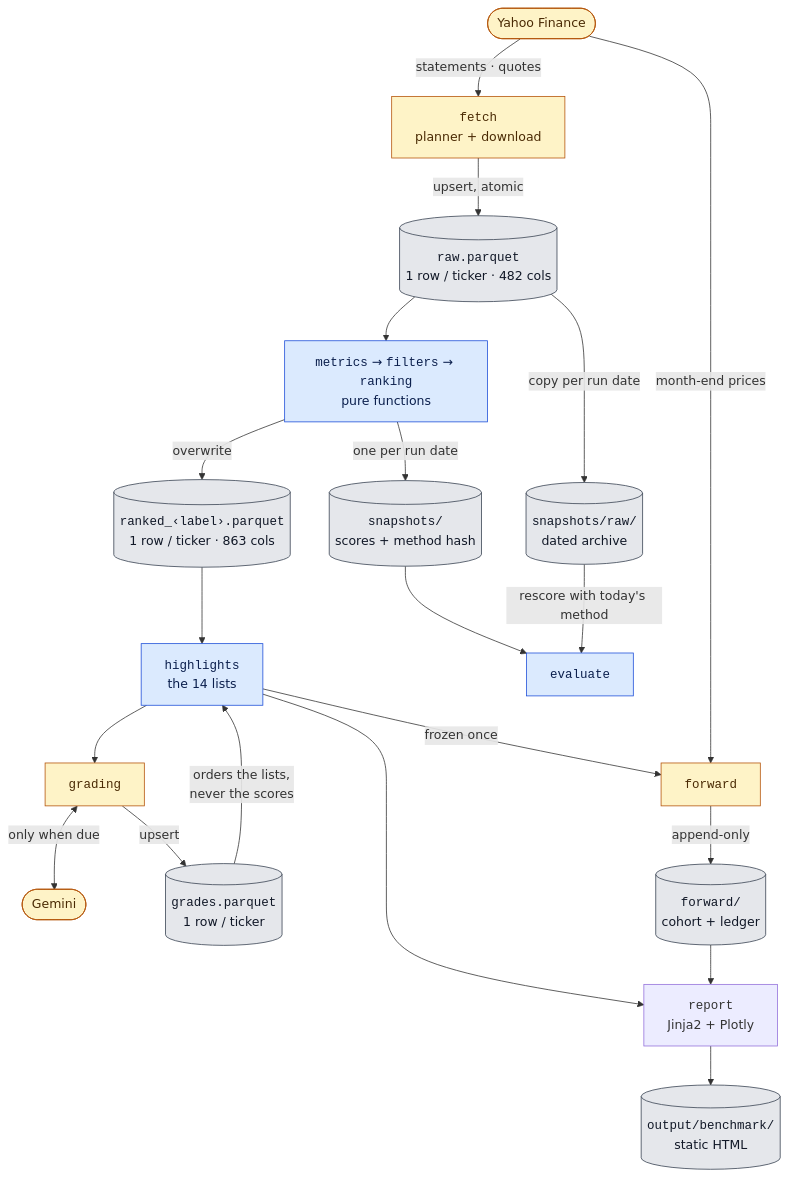
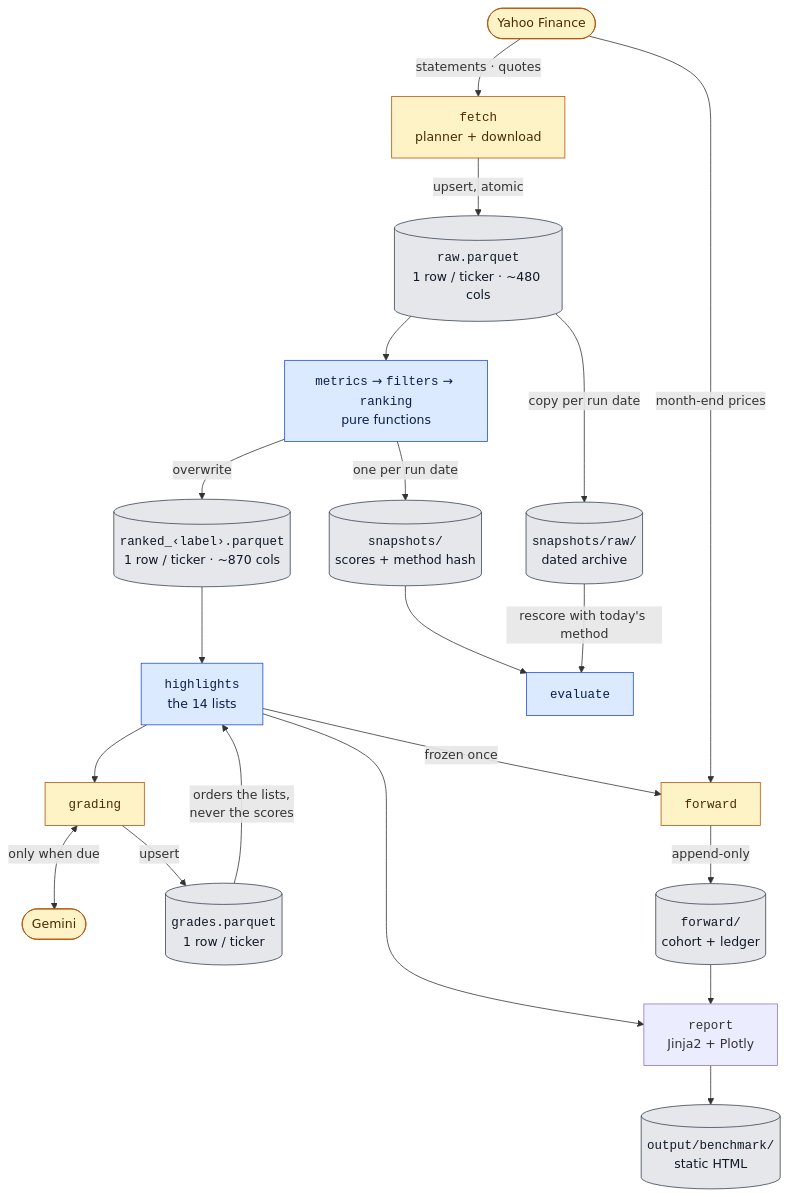
The second of 5 diagrams in ARCHITECTURE.md (JAlvarezRomario/equity-screening-pipeline), drawn with Mermaid before and after one commit. The commit also changed other lines of this file and 1 other file, not shown here.

First line of the commit message:
README and ARCHITECTURE: statements checked against the code, rounded figures

````diff
--- a/ARCHITECTURE.md
+++ b/ARCHITECTURE.md
@@ -82,29 +81,29 @@
 ```mermaid
 flowchart TB
     Y(["Yahoo Finance"]) -->|"statements · quotes"| F["<code>fetch</code><br/>planner + download"]
-    F -->|"upsert, atomic"| RAW[("<code>raw.parquet</code><br/>1 row / ticker · 482 cols")]
+    F -->|"upsert, atomic"| RAW[("<code>raw.parquet</code><br/>1 row / ticker · ~480 cols")]
     RAW --> CORE["<code>metrics</code> → <code>filters</code> → <code>ranking</code><br/>pure functions"]
     RAW -->|"copy per run date"| RA[("<code>snapshots/raw/</code><br/>dated archive")]
-    CORE -->|"overwrite"| RK[("<code>ranked_‹label›.parquet</code><br/>1 row / ticker · 863 cols")]
+    CORE -->|"overwrite"| RK[("<code>ranked_‹label›.parquet</code><br/>1 row / ticker · ~870 cols")]
     CORE -->|"one per run date"| SN[("<code>snapshots/</code><br/>scores + method hash")]
     RK --> HL["<code>highlights</code><br/>the 14 lists"]
     HL --> GR["<code>grading</code>"]
     GR <-->|"only when due"| GM(["Gemini"])
     GR -->|"upsert"| GD[("<code>grades.parquet</code><br/>1 row / ticker")]
     GD -->|"orders the lists,<br/>never the scores"| HL
     HL -->|"frozen once"| FW["<code>forward</code>"]
     Y -->|"month-end prices"| FW
     FW -->|"append-only"| LG[("<code>forward/</code><br/>cohort + ledger")]
     HL --> SITE["<code>report</code><br/>Jinja2 + Plotly"]
     LG --> SITE
     SITE --> OUT[("<code>output/benchmark/</code><br/>static HTML")]
     SN --> EV["<code>evaluate</code>"]
     RA -->|"rescore with today's method"| EV
 
     classDef pure fill:#dbeafe,stroke:#1d4ed8,color:#0b1f4d
     classDef ext fill:#fef3c7,stroke:#b45309,color:#4a2a04
     classDef store fill:#e5e7eb,stroke:#374151,color:#111827
     class CORE,HL,EV pure
     class Y,GM,F,GR,FW ext
     class RAW,RA,RK,SN,GD,LG,OUT store
 ```
````
